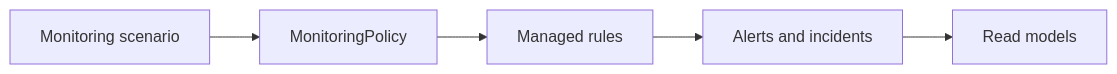
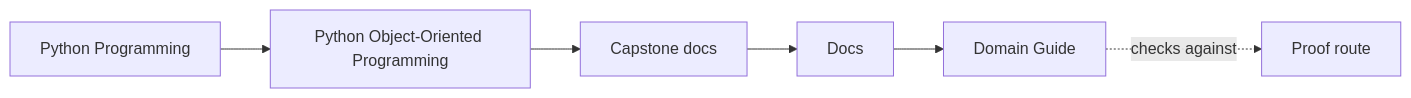
The first of 2 diagrams in programs/python-programming/python-object-oriented-programming/capstone/docs/domain-guide.md (bijux/bijux-masterclass), drawn with Mermaid before and after one commit. The commit also changed other lines of this file and 103 other files, not shown here.

Commit message:
docs(python-object-oriented-programming): map sustainment and capstone surfaces

````diff
--- a/programs/python-programming/python-object-oriented-programming/capstone/docs/domain-guide.md
+++ b/programs/python-programming/python-object-oriented-programming/capstone/docs/domain-guide.md
@@ -7,7 +7,12 @@
 ```mermaid
 graph LR
-  scenario["Monitoring scenario"] --> aggregate["MonitoringPolicy"]
-  aggregate --> rules["Managed rules"]
-  rules --> alerts["Alerts and incidents"]
-  alerts --> views["Read models"]
+  family["Python Programming"]
+  program["Python Object-Oriented Programming"]
+  guide["Capstone docs"]
+  section["Docs"]
+  page["Domain Guide"]
+  proof["Proof route"]
+
+  family --> program --> guide --> section --> page
+  page -.checks against.-> proof
 ```
````
